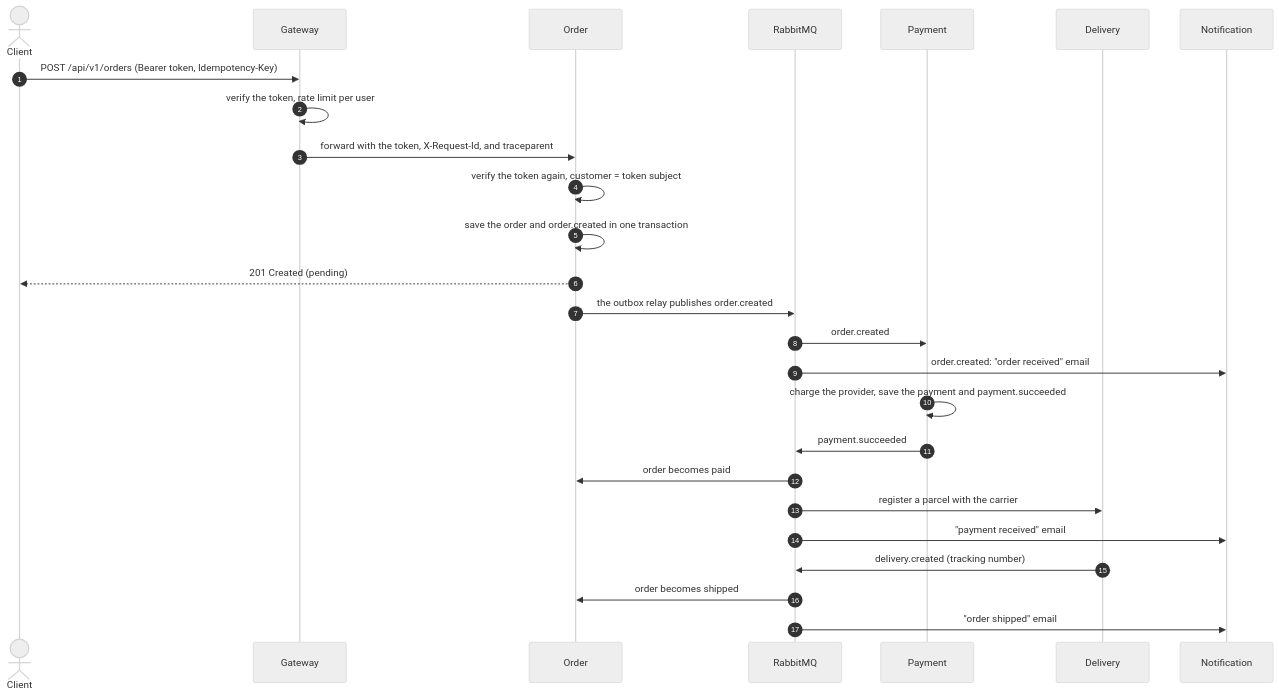
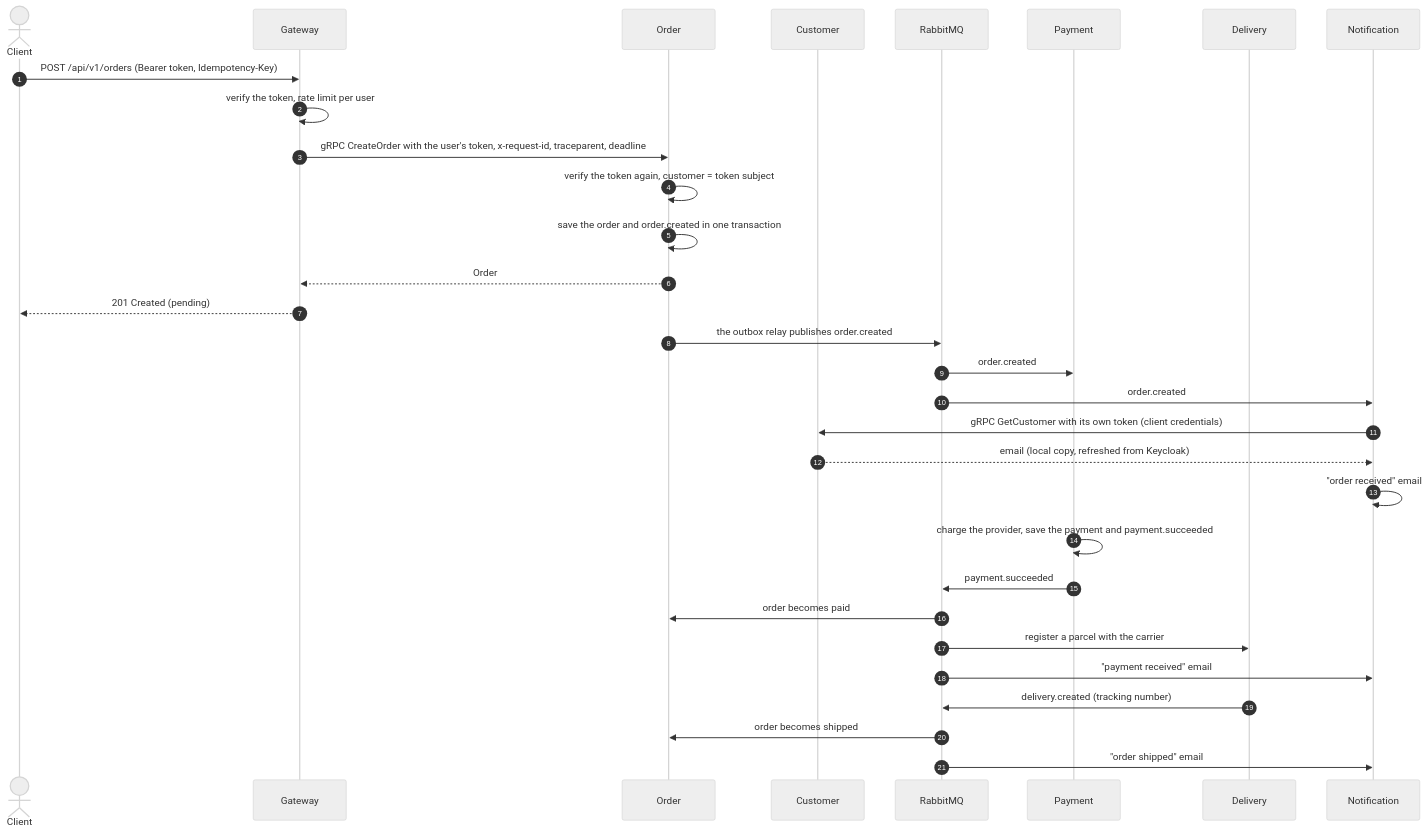
The second of 2 diagrams in README.md (elita001/order-microservices), drawn with Mermaid (neutral theme) before and after one commit. The commit also changed other lines of this file and 64 other files, not shown here.

````diff
--- a/README.md
+++ b/README.md
@@ -71,29 +79,34 @@
 ```mermaid
 sequenceDiagram
     autonumber
     actor C as Client
     participant G as Gateway
     participant O as Order
+    participant CU as Customer
     participant MQ as RabbitMQ
     participant P as Payment
     participant D as Delivery
     participant N as Notification
 
     C->>G: POST /api/v1/orders (Bearer token, Idempotency-Key)
     G->>G: verify the token, rate limit per user
-    G->>O: forward with the token, X-Request-Id, and traceparent
+    G->>O: gRPC CreateOrder with the user's token, x-request-id, traceparent, deadline
     O->>O: verify the token again, customer = token subject
     O->>O: save the order and order.created in one transaction
-    O-->>C: 201 Created (pending)
+    O-->>G: Order
+    G-->>C: 201 Created (pending)
     O->>MQ: the outbox relay publishes order.created
     MQ->>P: order.created
-    MQ->>N: order.created: "order received" email
+    MQ->>N: order.created
+    N->>CU: gRPC GetCustomer with its own token (client credentials)
+    CU-->>N: email (local copy, refreshed from Keycloak)
+    N->>N: "order received" email
     P->>P: charge the provider, save the payment and payment.succeeded
     P->>MQ: payment.succeeded
     MQ->>O: order becomes paid
     MQ->>D: register a parcel with the carrier
     MQ->>N: "payment received" email
     D->>MQ: delivery.created (tracking number)
     MQ->>O: order becomes shipped
     MQ->>N: "order shipped" email
 ```
````
